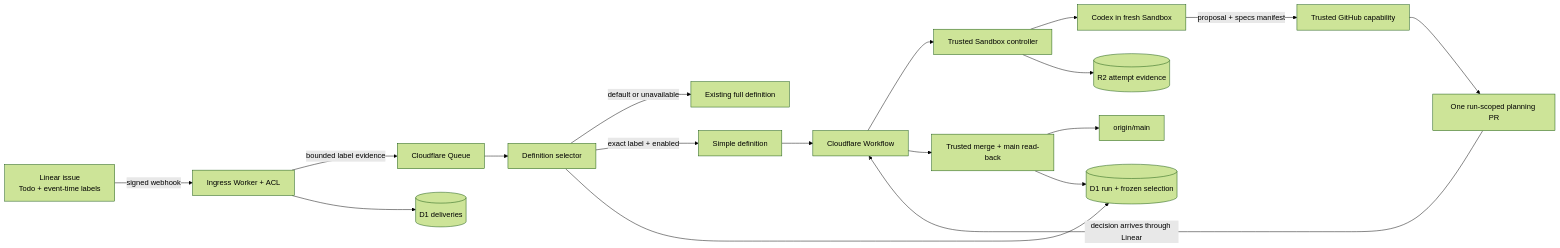
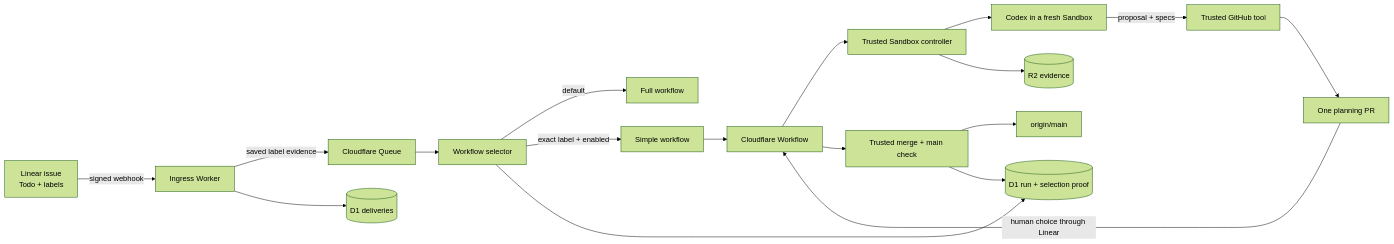
The first of 2 diagrams in openspec/changes/simplify-to-planning-pr-workflow/design.md (sachinkundu/deos), drawn with Mermaid (forest theme) before and after one commit. The commit also changed other lines of this file, not shown here.

Commit message:
docs(openspec): simplify workflow design

````diff
--- a/openspec/changes/simplify-to-planning-pr-workflow/design.md
+++ b/openspec/changes/simplify-to-planning-pr-workflow/design.md
@@ -58,20 +48,20 @@
 ```mermaid
 flowchart LR
-    L[Linear issue<br/>Todo + event-time labels] -->|signed webhook| I[Ingress Worker + ACL]
-    I -->|bounded label evidence| Q[Cloudflare Queue]
+    L[Linear issue<br/>Todo + labels] -->|signed webhook| I[Ingress Worker]
+    I -->|saved label evidence| Q[Cloudflare Queue]
     I --> D[(D1 deliveries)]
-    Q --> S[Definition selector]
-    S -->|default or unavailable| F[Existing full definition]
-    S -->|exact label + enabled| P[Simple definition]
-    S --> R[(D1 run + frozen selection)]
+    Q --> S[Workflow selector]
+    S -->|default| F[Full workflow]
+    S -->|exact label + enabled| P[Simple workflow]
+    S --> R[(D1 run + selection proof)]
     P --> W[Cloudflare Workflow]
     W --> C[Trusted Sandbox controller]
-    C --> X[Codex in fresh Sandbox]
-    X -->|proposal + specs manifest| G[Trusted GitHub capability]
-    G --> PR[One run-scoped planning PR]
-    C --> E[(R2 attempt evidence)]
-    PR -->|decision arrives through Linear| W
-    W --> M[Trusted merge + main read-back]
+    C --> X[Codex in a fresh Sandbox]
+    X -->|proposal + specs| G[Trusted GitHub tool]
+    G --> PR[One planning PR]
+    C --> E[(R2 evidence)]
+    PR -->|human choice through Linear| W
+    W --> M[Trusted merge + main check]
     M --> MAIN[origin/main]
     M --> R
 ```
````
